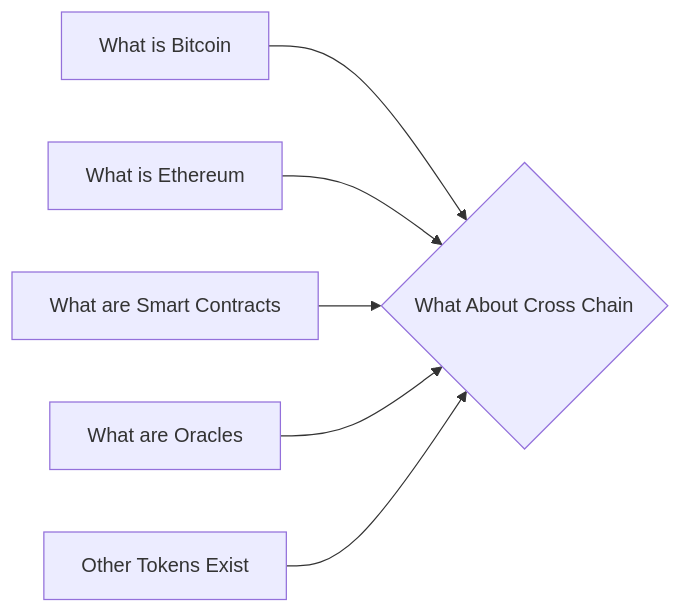
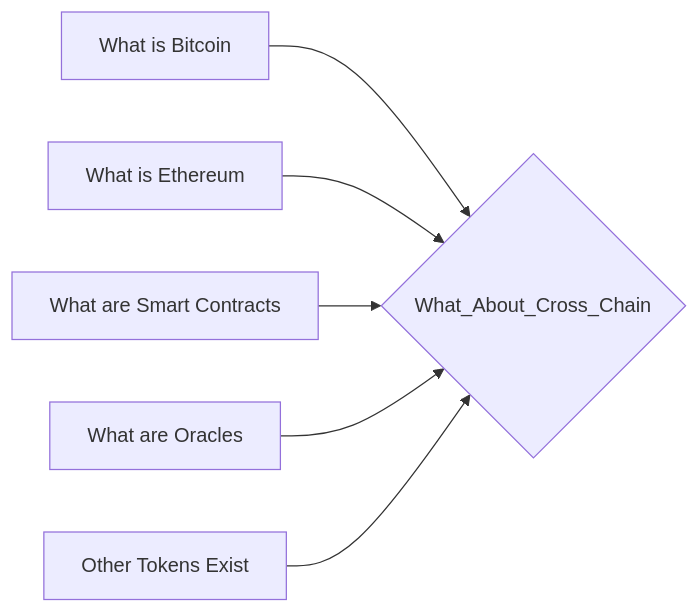
Before and after one commit to lpurdy01/crypto-knowledge-map: the diagram in notes/What_About_Cross_Chain.md, drawn with Mermaid. The commit also changed 161 other files, not shown here.

````diff
--- a/notes/What_About_Cross_Chain.md
+++ b/notes/What_About_Cross_Chain.md
@@ -18,8 +18,8 @@
 ```mermaid
 graph LR
-1["What is Bitcoin"]-->0{"What About Cross Chain"}
-2["What is Ethereum"]-->0{"What About Cross Chain"}
-3["What are Smart Contracts"]-->0{"What About Cross Chain"}
-4["What are Oracles"]-->0{"What About Cross Chain"}
-5["Other Tokens Exist"]-->0{"What About Cross Chain"}
+1["What is Bitcoin"]-->0{"What_About_Cross_Chain"}
+2["What is Ethereum"]-->0{"What_About_Cross_Chain"}
+3["What are Smart Contracts"]-->0{"What_About_Cross_Chain"}
+4["What are Oracles"]-->0{"What_About_Cross_Chain"}
+5["Other Tokens Exist"]-->0{"What_About_Cross_Chain"}
 ```
````
